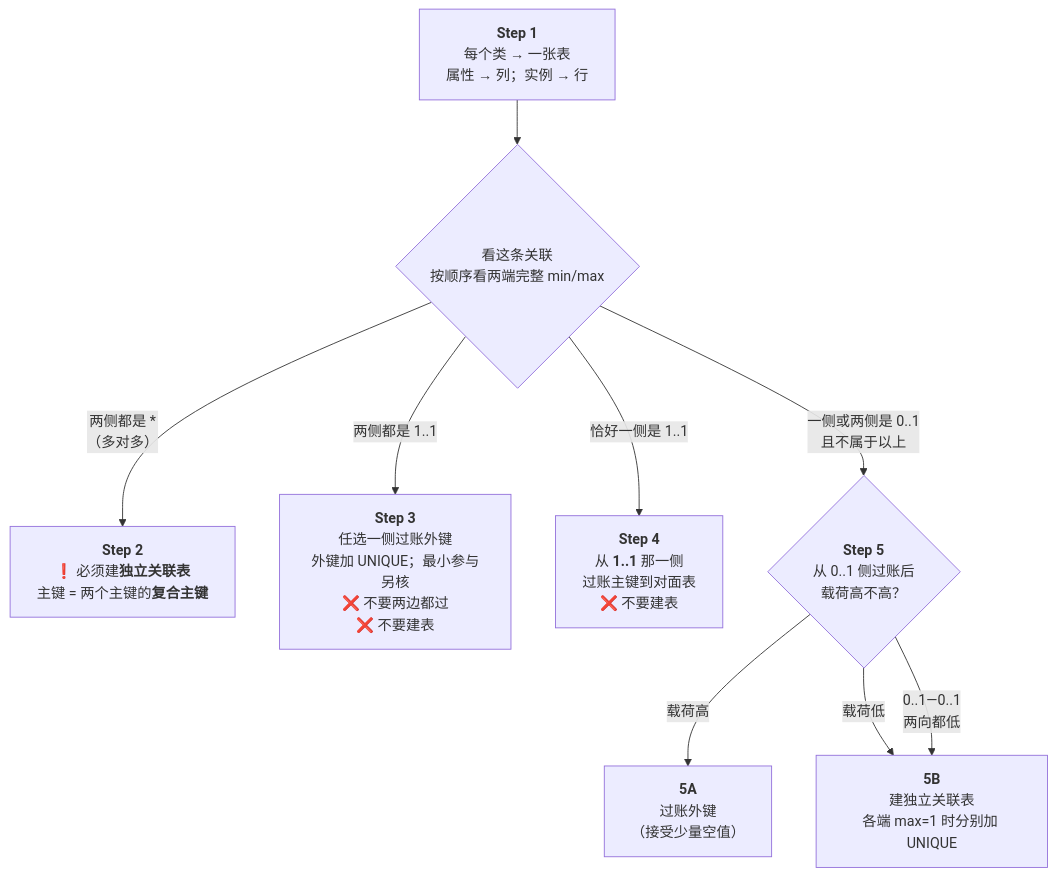
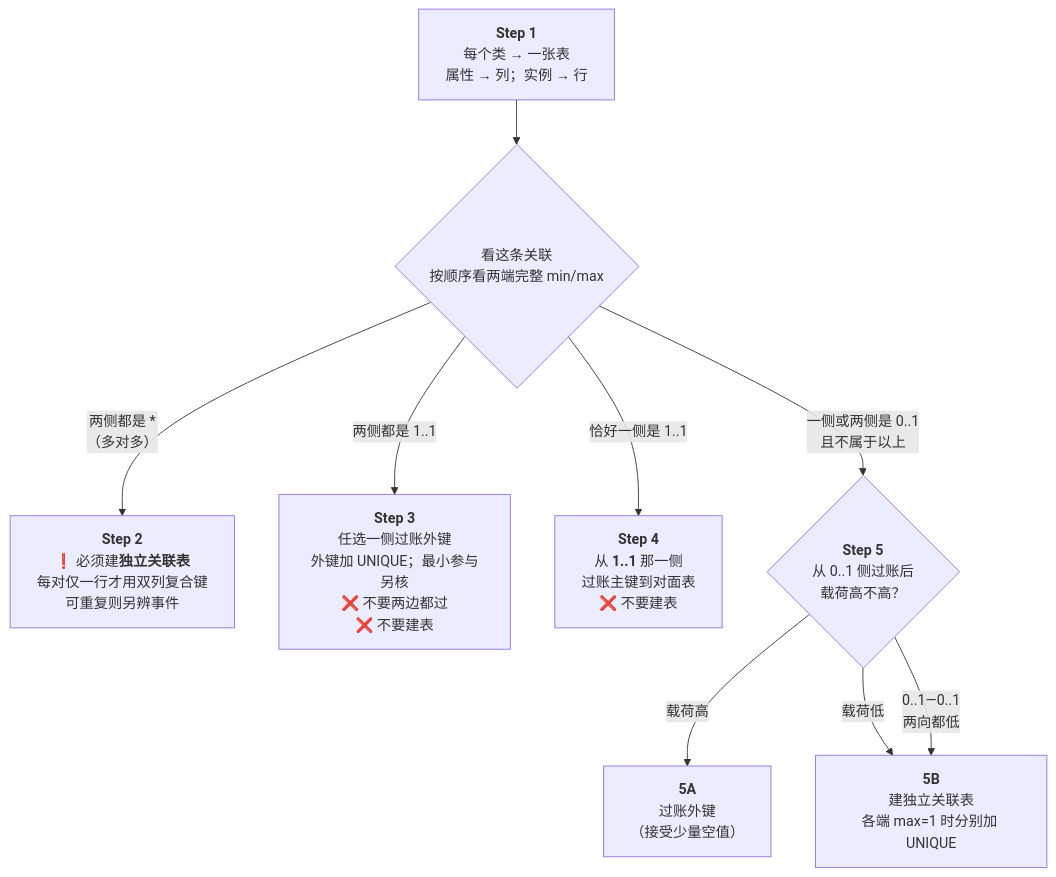
Before and after one commit to CercaTrovato/cityu-ai-course-notes: the ninth of 12 diagrams in AC6761_Artificial_Intelligence_Accounting/notes/M04-REA会计模型.md, drawn with Mermaid. The commit also changed other lines of this file and 2300 other files, not shown here.

First line of the commit message:
完善五课程逐页学习笔记、课件原图与修补规范

````diff
--- a/AC6761_Artificial_Intelligence_Accounting/notes/M04-REA会计模型.md
+++ b/AC6761_Artificial_Intelligence_Accounting/notes/M04-REA会计模型.md
@@ -3964,14 +4288,14 @@
 ```mermaid
 flowchart TD
     S1["<b>Step 1</b><br/>每个类 → 一张表<br/>属性 → 列；实例 → 行"]
     S1 --> Q1{"看这条关联<br/>按顺序看两端完整 min/max"}
 
-    Q1 -->|"两侧都是 *<br/>（多对多）"| S2["<b>Step 2</b><br/>❗ 必须建<b>独立关联表</b><br/>主键 = 两个主键的<b>复合主键</b>"]
+    Q1 -->|"两侧都是 *<br/>（多对多）"| S2["<b>Step 2</b><br/>❗ 必须建<b>独立关联表</b><br/>每对仅一行才用双列复合键<br/>可重复则另辨事件"]
     Q1 -->|"两侧都是 1..1"| S3["<b>Step 3</b><br/>任选一侧过账外键<br/>外键加 UNIQUE；最小参与另核<br/>❌ 不要两边都过<br/>❌ 不要建表"]
     Q1 -->|"恰好一侧是 1..1"| S4["<b>Step 4</b><br/>从 <b>1..1</b> 那一侧<br/>过账主键到对面表<br/>❌ 不要建表"]
     Q1 -->|"一侧或两侧是 0..1<br/>且不属于以上"| Q5{"<b>Step 5</b><br/>从 0..1 侧过账后<br/>载荷高不高？"}
 
     Q5 -->|"载荷高"| S5A["<b>5A</b><br/>过账外键<br/>（接受少量空值）"]
     Q5 -->|"载荷低"| S5B["<b>5B</b><br/>建独立关联表<br/>各端 max=1 时分别加 UNIQUE"]
     Q5 -->|"0..1—0..1<br/>两向都低"| S5B
 ```
````
